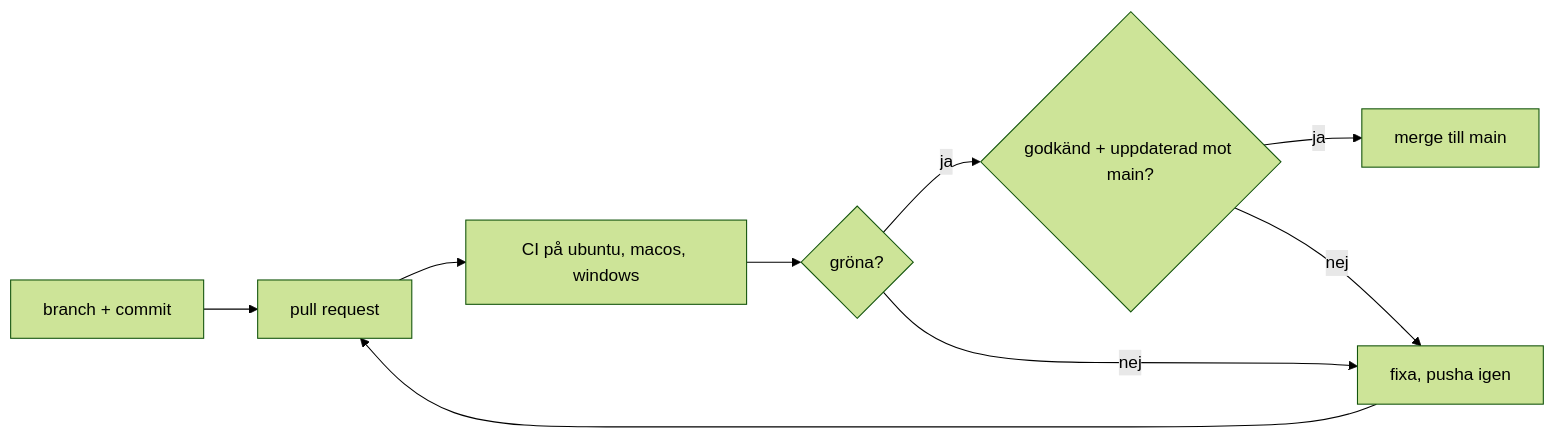
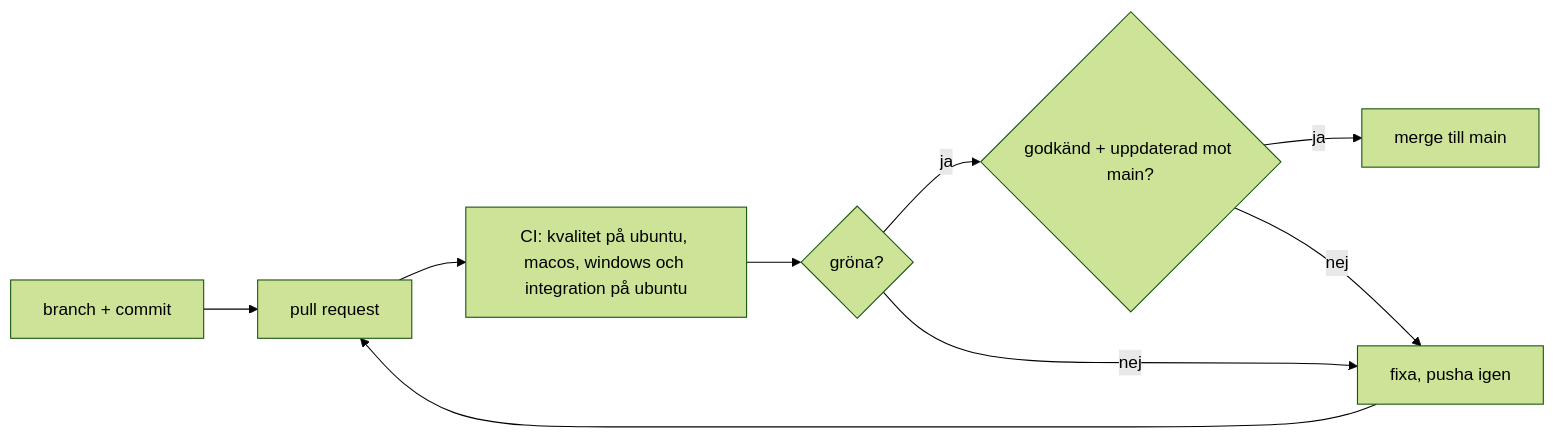
The diagram in docs/pipeline.md (Jesper-beep/utpost-vue), drawn with Mermaid (forest theme) before and after one commit. The commit also changed other lines of this file and 1 other file, not shown here.

````diff
--- a/docs/pipeline.md
+++ b/docs/pipeline.md
@@ -5,11 +5,11 @@
 ```mermaid
 flowchart LR
   B[branch + commit] --> PR[pull request]
-  PR --> CI[CI på ubuntu, macos, windows]
+  PR --> CI[CI: kvalitet på ubuntu, macos, windows och integration på ubuntu]
   CI --> S{gröna?}
   S -->|ja| G{godkänd + uppdaterad mot main?}
   S -->|nej| F[fixa, pusha igen]
   F --> PR
   G -->|ja| M[merge till main]
   G -->|nej| F
 ```
````
